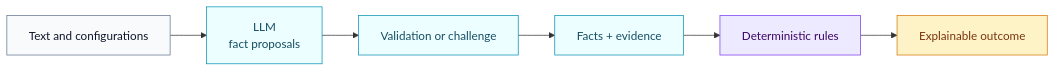
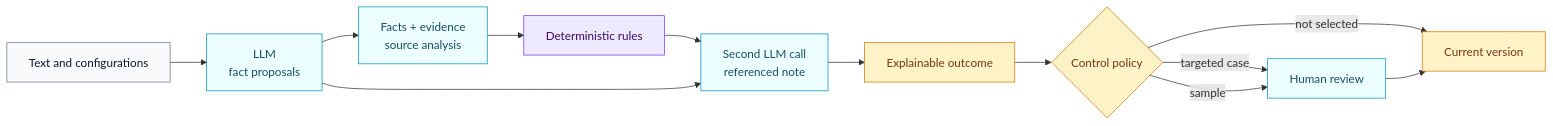
Before and after one commit to NickChaps/Open-AIRS: the second of 2 diagrams in docs/en/concepts.md, drawn with Mermaid. The commit also changed other lines of this file and 58 other files, not shown here.

````diff
--- a/docs/en/concepts.md
+++ b/docs/en/concepts.md
@@ -116,17 +120,23 @@
 ```mermaid
 flowchart LR
     T["Text and configurations"] --> L["LLM<br/>fact proposals"]
-    L --> H["Validation or challenge"]
-    H --> F["Facts + evidence"]
+    L --> F["Facts + evidence<br/>source analysis"]
     F --> E["Deterministic rules"]
-    E --> R["Explainable outcome"]
+    E --> N["Second LLM call<br/>referenced note"]
+    L --> N
+    N --> R["Explainable outcome"]
+    R --> Q{"Control policy"}
+    Q -->|"targeted case"| H["Human review"]
+    Q -->|"sample"| H
+    Q -->|"not selected"| C["Current version"]
+    H --> C
 
     classDef source fill:#f8fafc,stroke:#64748b,color:#0f172a
     classDef assist fill:#ecfeff,stroke:#0891b2,color:#164e63
     classDef engine fill:#ede9fe,stroke:#7c3aed,color:#3b0764
     classDef result fill:#fef3c7,stroke:#d97706,color:#78350f
     class T source
-    class L,H,F assist
+    class L,H,F,N assist
     class E engine
-    class R result
+    class R,Q,C result
 ```
````
